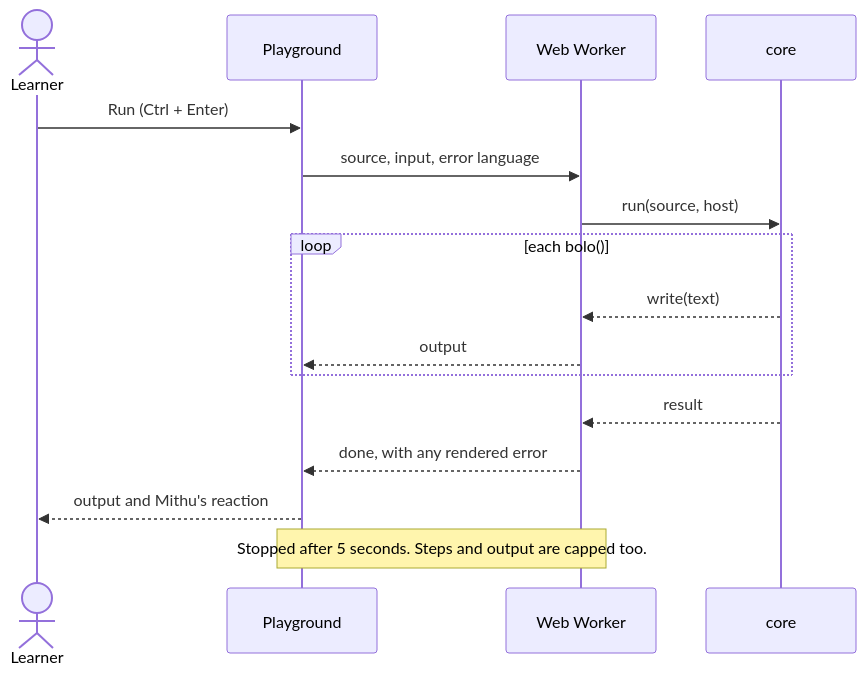
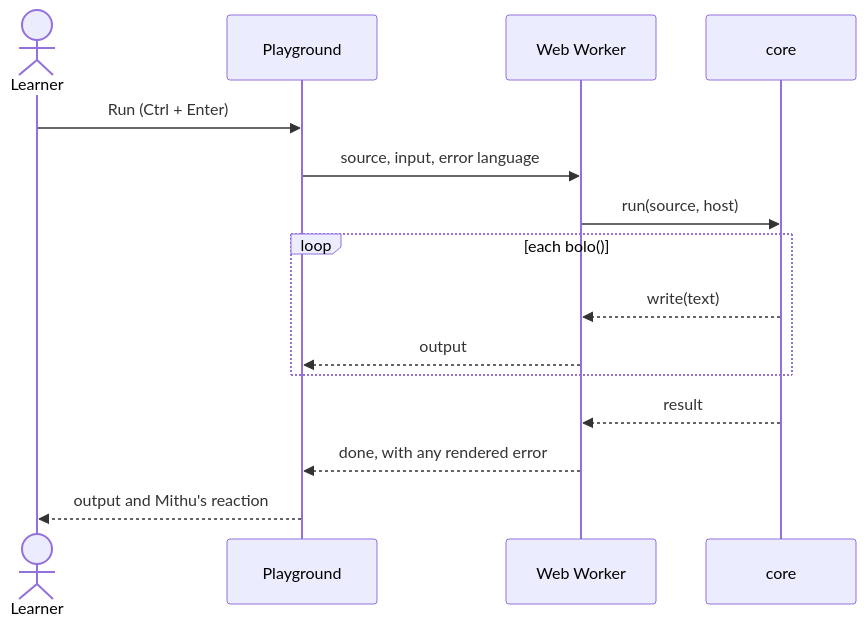
The third of 4 diagrams in README.md (KarthikSP1911/Jugaad-Lab), drawn with Mermaid before and after one commit. The commit also changed other lines of this file, not shown here.

````diff
--- a/README.md
+++ b/README.md
@@ -117,18 +265,17 @@
 ```mermaid
 sequenceDiagram
     actor L as Learner
     participant P as Playground
     participant W as Web Worker
     participant C as core
     L->>P: Run (Ctrl + Enter)
     P->>W: source, input, error language
     W->>C: run(source, host)
     loop each bolo()
         C-->>W: write(text)
         W-->>P: output
     end
     C-->>W: result
     W-->>P: done, with any rendered error
     P-->>L: output and Mithu's reaction
-    Note over P,W: Stopped after 5 seconds. Steps and output are capped too.
 ```
````
